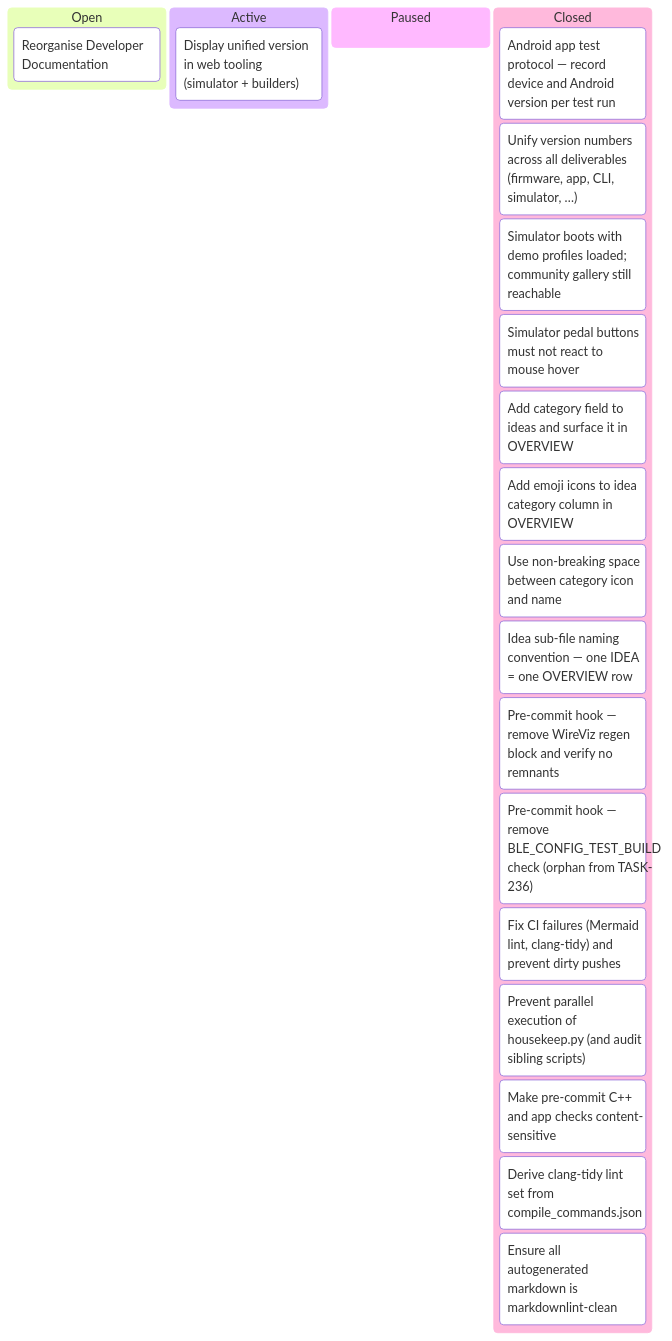
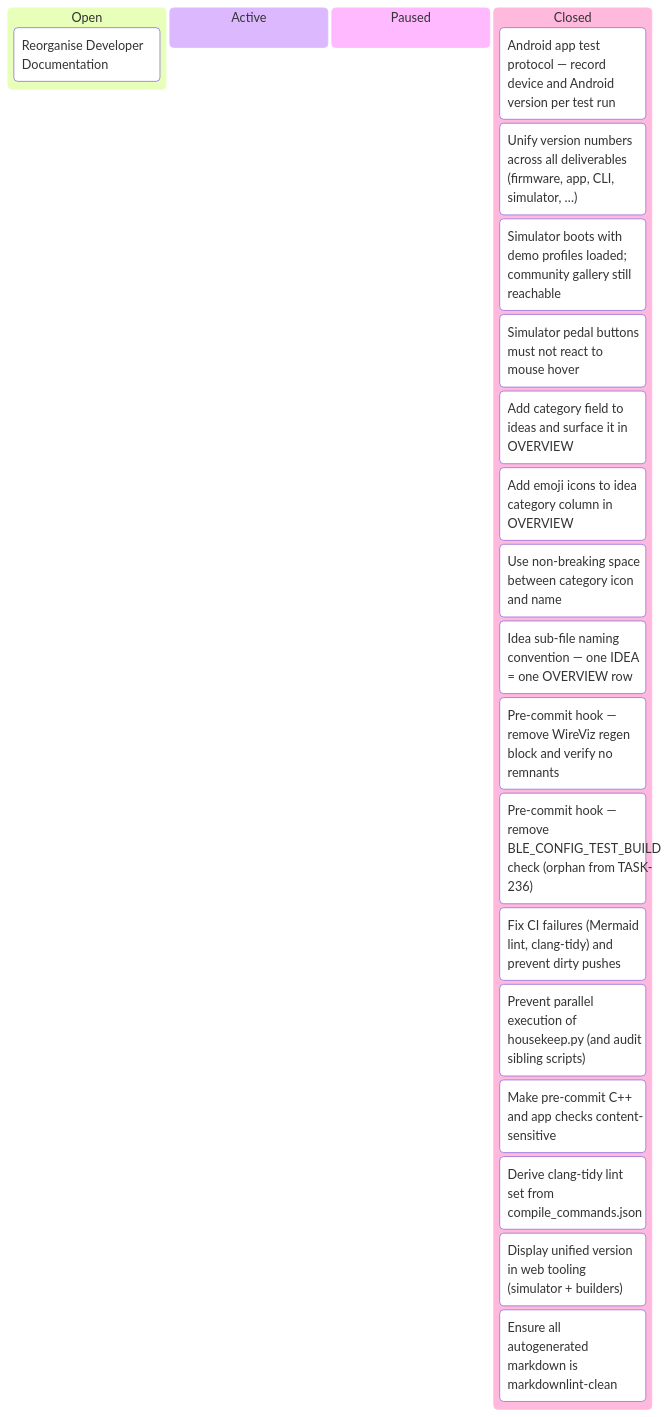
One commit to tgd1975/AwesomeStudioPedal changed the seventh of 7 diagrams in docs/developers/tasks/KANBAN.md. Above: the diagram before and after it, drawn with Mermaid. The commit also changed other lines of this file and 3 other files, not shown here.

Commit message:
close TASK-350: Display unified version in web tooling (simulator + builders)

````diff
--- a/docs/developers/tasks/KANBAN.md
+++ b/docs/developers/tasks/KANBAN.md
@@ -114,24 +114,24 @@
 ```mermaid
 kanban
   Open
     TASK_148["Reorganise Developer Documentation"]
   Active
-    TASK_350["Display unified version in web tooling (simulator + builders)"]
   Paused
   Closed
     TASK_259["Android app test protocol — record device and Android version per test run"]
     TASK_260["Unify version numbers across all deliverables (firmware, app, CLI, simulator, …)"]
     TASK_303["Simulator boots with demo profiles loaded; community gallery still reachable"]
     TASK_304["Simulator pedal buttons must not react to mouse hover"]
     TASK_305["Add category field to ideas and surface it in OVERVIEW"]
     TASK_313["Add emoji icons to idea category column in OVERVIEW"]
     TASK_314["Use non-breaking space between category icon and name"]
     TASK_315["Idea sub-file naming convention — one IDEA = one OVERVIEW row"]
     TASK_319["Pre-commit hook — remove WireViz regen block and verify no remnants"]
     TASK_320["Pre-commit hook — remove BLE_CONFIG_TEST_BUILD check (orphan from TASK-236)"]
     TASK_321["Fix CI failures (Mermaid lint, clang-tidy) and prevent dirty pushes"]
     TASK_328["Prevent parallel execution of housekeep.py (and audit sibling scripts)"]
     TASK_346["Make pre-commit C++ and app checks content-sensitive"]
     TASK_348["Derive clang-tidy lint set from compile_commands.json"]
+    TASK_350["Display unified version in web tooling (simulator + builders)"]
     TASK_351["Ensure all autogenerated markdown is markdownlint-clean"]
 ```
````
